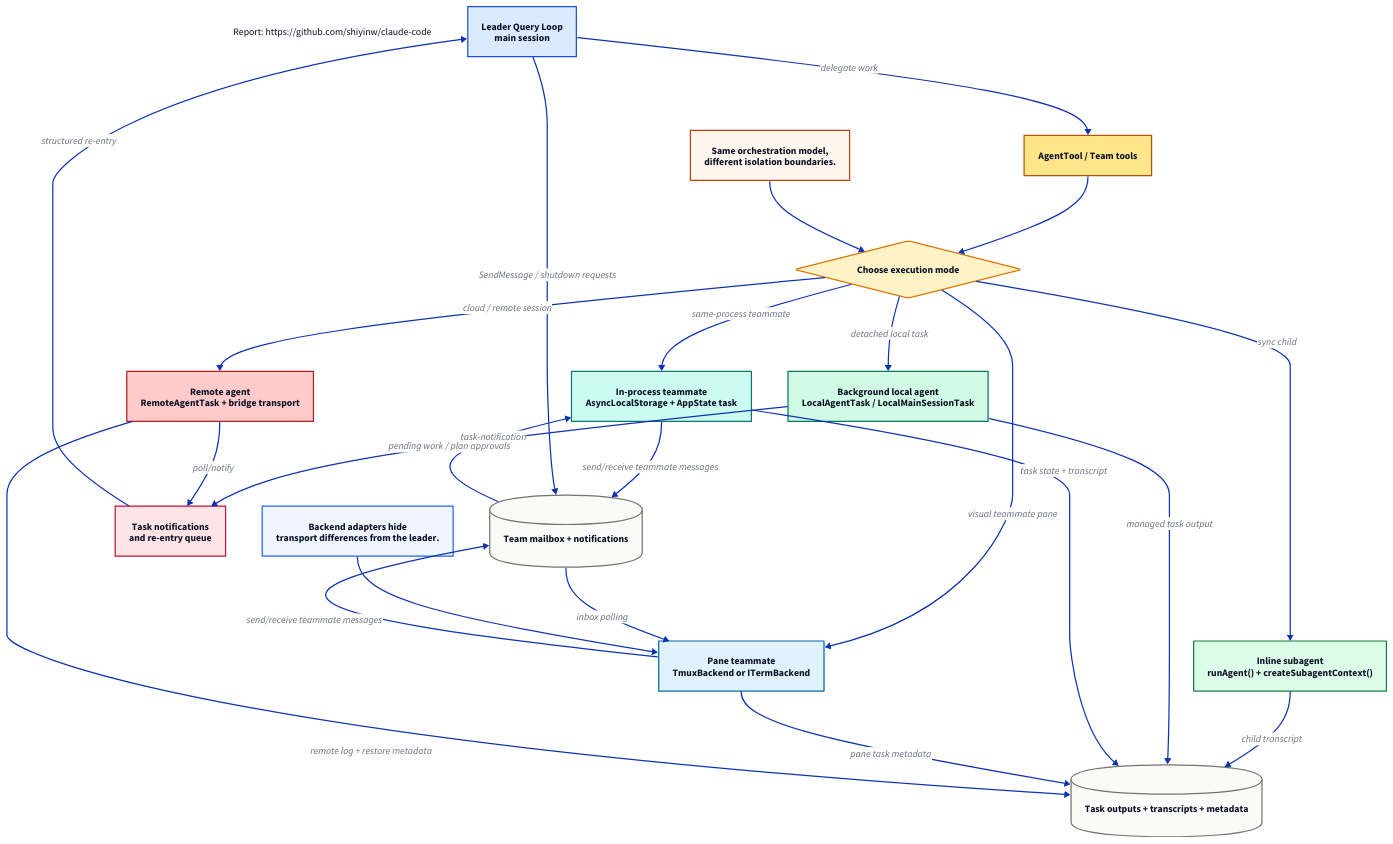
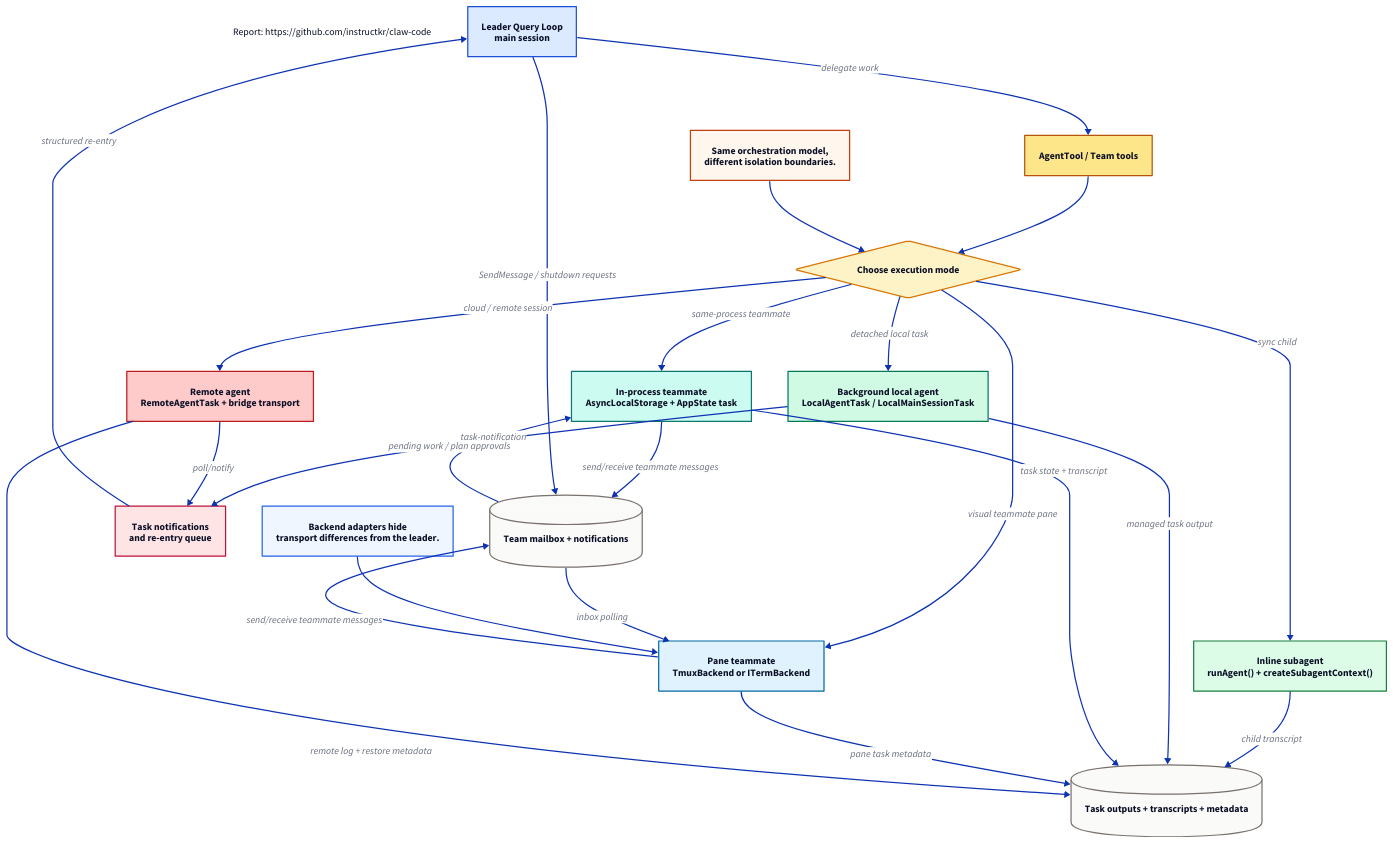
Before and after one commit to shiyinw/claude-code: the diagram in visualizations/3.d2, drawn with D2. The commit also changed 1954 other files, not shown here.

```diff
--- a/visualizations/3.d2
+++ b/visualizations/3.d2
@@ -1,113 +1,113 @@
 direction: down
 
 # 3. Delegation Modes and Lifecycle Boundaries
 
-author: "Report: https://github.com/shiyinw/claude-code" {
+author: "Report: https://github.com/instructkr/claw-code" {
   shape: text
 }
 
 leader: "Leader Query Loop\nmain session" {
   shape: rectangle
   style.fill: "#DBEAFE"
   style.stroke: "#1D4ED8"
 }
 
 agent_tool: "AgentTool / Team tools" {
   shape: rectangle
   style.fill: "#FDE68A"
   style.stroke: "#B45309"
 }
 
 decision: "Choose execution mode" {
   shape: diamond
   style.fill: "#FEF3C7"
   style.stroke: "#D97706"
 }
 
 inline: "Inline subagent\nrunAgent() + createSubagentContext()" {
   shape: rectangle
   style.fill: "#DCFCE7"
   style.stroke: "#15803D"
 }
 
 background: "Background local agent\nLocalAgentTask / LocalMainSessionTask" {
   shape: rectangle
   style.fill: "#D1FAE5"
   style.stroke: "#047857"
 }
 
 inprocess: "In-process teammate\nAsyncLocalStorage + AppState task" {
   shape: rectangle
   style.fill: "#CCFBF1"
   style.stroke: "#0F766E"
 }
 
 pane_backend: "Pane teammate\nTmuxBackend or ITermBackend" {
   shape: rectangle
   style.fill: "#E0F2FE"
   style.stroke: "#0369A1"
 }
 
 remote: "Remote agent\nRemoteAgentTask + bridge transport" {
   shape: rectangle
   style.fill: "#FECACA"
   style.stroke: "#B91C1C"
 }
 
 mailbox: "Team mailbox + notifications" {
   shape: cylinder
   style.fill: "#FAFAF9"
   style.stroke: "#78716C"
 }
 
 queue: "Task notifications\nand re-entry queue" {
   shape: rectangle
   style.fill: "#FFE4E6"
   style.stroke: "#BE123C"
 }
 
 transcripts: "Task outputs + transcripts + metadata" {
   shape: cylinder
   style.fill: "#FAFAF9"
   style.stroke: "#78716C"
 }
 
 leader -> agent_tool: "delegate work"
 agent_tool -> decision
 
 decision -> inline: "sync child"
 decision -> background: "detached local task"
 decision -> inprocess: "same-process teammate"
 decision -> pane_backend: "visual teammate pane"
 decision -> remote: "cloud / remote session"
 
 inline -> transcripts: "child transcript"
 background -> transcripts: "managed task output"
 inprocess -> transcripts: "task state + transcript"
 pane_backend -> transcripts: "pane task metadata"
 remote -> transcripts: "remote log + restore metadata"
 background -> queue: "task-notification"
 remote -> queue: "poll/notify"
 queue -> leader: "structured re-entry"
 
 inprocess -> mailbox: "send/receive teammate messages"
 pane_backend -> mailbox: "send/receive teammate messages"
 leader -> mailbox: "SendMessage / shutdown requests"
 
 mailbox -> inprocess: "pending work / plan approvals"
 mailbox -> pane_backend: "inbox polling"
 
 note1: "Same orchestration model,\ndifferent isolation boundaries." {
   shape: rectangle
   style.fill: "#FFF7ED"
   style.stroke: "#C2410C"
 }
 
 note2: "Backend adapters hide\ntransport differences from the leader." {
   shape: rectangle
   style.fill: "#EFF6FF"
   style.stroke: "#2563EB"
 }
 
 note1 -> decision
 note2 -> pane_backend
```
